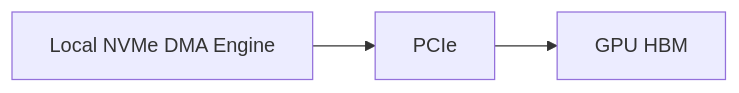
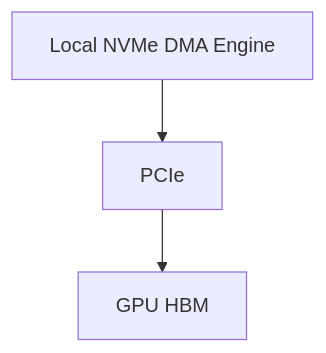
The second of 3 diagrams in docs/storage/ai-workloads/02-GPUDirect-Storage原理与实践.md (newswitch/newswitch.github.io), drawn with Mermaid before and after one commit. The commit also changed other lines of this file and 15 other files, not shown here.

````diff
--- a/docs/storage/ai-workloads/02-GPUDirect-Storage原理与实践.md
+++ b/docs/storage/ai-workloads/02-GPUDirect-Storage原理与实践.md
@@ -84,5 +86,5 @@
 ```mermaid
-flowchart LR
+flowchart TD
     N["Local NVMe DMA Engine"] --> P["PCIe"]
     P --> H["GPU HBM"]
 ```
````
